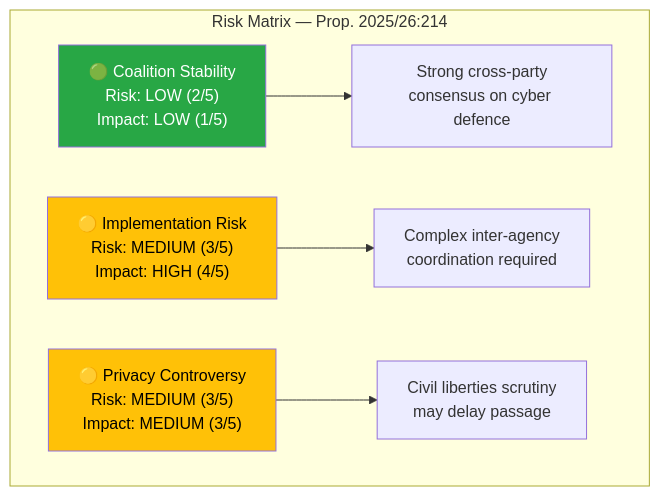
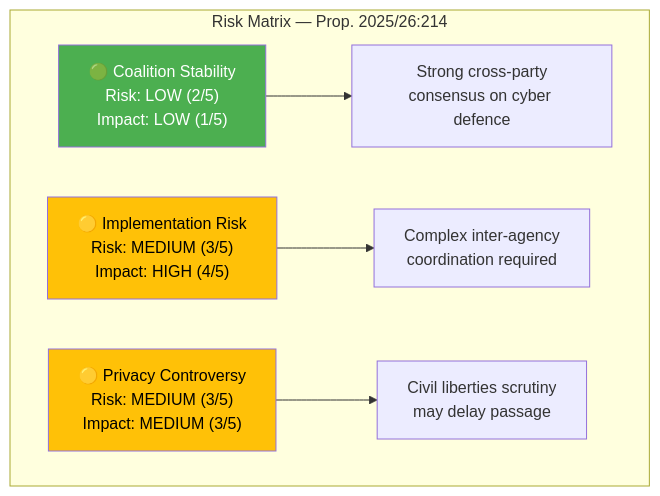
Before and after one commit to Hack23/riksdagsmonitor: the third of 3 diagrams in analysis/daily/2026-04-10/propositions/documents/hd03214-analysis.md, drawn with Mermaid. The commit also changed other lines of this file and 785 other files, not shown here.

First line of the commit message:
Normalize mermaid colors across 786 analysis artifacts to ISMS Style Guide palette

````diff
--- a/analysis/daily/2026-04-10/propositions/documents/hd03214-analysis.md
+++ b/analysis/daily/2026-04-10/propositions/documents/hd03214-analysis.md
@@ -124,11 +124,11 @@
 ```mermaid
 graph TD
     subgraph "Risk Matrix — Prop. 2025/26:214"
         R1["🟢 Coalition Stability<br/>Risk: LOW (2/5)<br/>Impact: LOW (1/5)"] --> M1["Strong cross-party<br/>consensus on cyber defence"]
         R2["🟡 Implementation Risk<br/>Risk: MEDIUM (3/5)<br/>Impact: HIGH (4/5)"] --> M2["Complex inter-agency<br/>coordination required"]
         R3["🟡 Privacy Controversy<br/>Risk: MEDIUM (3/5)<br/>Impact: MEDIUM (3/5)"] --> M3["Civil liberties scrutiny<br/>may delay passage"]
     end
-    style R1 fill:#28a745,color:#fff
-    style R2 fill:#ffc107,color:#000
-    style R3 fill:#ffc107,color:#000
+    style R1 fill:#4CAF50,color:#FFFFFF
+    style R2 fill:#FFC107,color:#000000
+    style R3 fill:#FFC107,color:#000000
 ```
````
